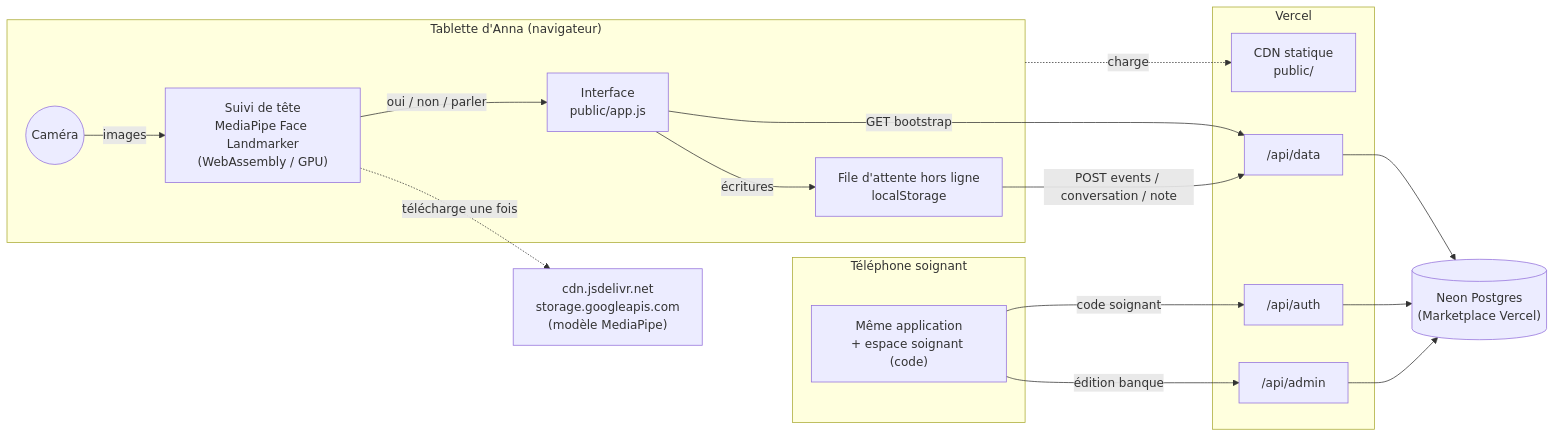
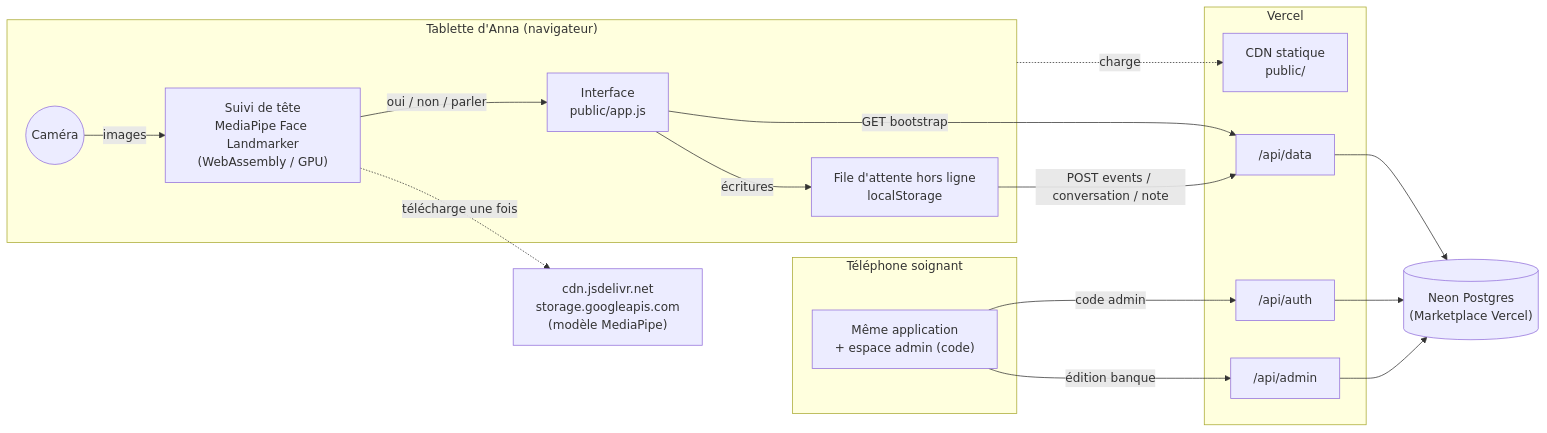
The first of 5 diagrams in anna-vercel/docs/ARCHITECTURE.md (amine-bazi/annahacktathon26), drawn with Mermaid before and after one commit. The commit also changed other lines of this file and 16 other files, not shown here.

````diff
--- a/anna-vercel/docs/ARCHITECTURE.md
+++ b/anna-vercel/docs/ARCHITECTURE.md
@@ -9,31 +9,31 @@
 ```mermaid
 flowchart LR
   subgraph Tablette["Tablette d'Anna (navigateur)"]
     UI["Interface<br/>public/app.js"]
     MP["Suivi de tête<br/>MediaPipe Face Landmarker<br/>(WebAssembly / GPU)"]
     Q["File d'attente hors ligne<br/>localStorage"]
     CAM(("Caméra"))
     CAM -- images --> MP
     MP -- "oui / non / parler" --> UI
     UI -- écritures --> Q
   end
   subgraph Soignant["Téléphone soignant"]
-    UI2["Même application<br/>+ espace soignant (code)"]
+    UI2["Même application<br/>+ espace admin (code)"]
   end
   subgraph Vercel
     CDN["CDN statique<br/>public/"]
     F1["/api/data"]
     F2["/api/auth"]
     F3["/api/admin"]
   end
   DB[("Neon Postgres<br/>(Marketplace Vercel)")]
   JSD["cdn.jsdelivr.net<br/>storage.googleapis.com<br/>(modèle MediaPipe)"]
 
   UI -- "GET bootstrap" --> F1
   Q -- "POST events / conversation / note" --> F1
-  UI2 -- "code soignant" --> F2
+  UI2 -- "code admin" --> F2
   UI2 -- "édition banque" --> F3
   F1 & F2 & F3 --> DB
   Tablette -. charge .-> CDN
   MP -. "télécharge une fois" .-> JSD
 ```
````
